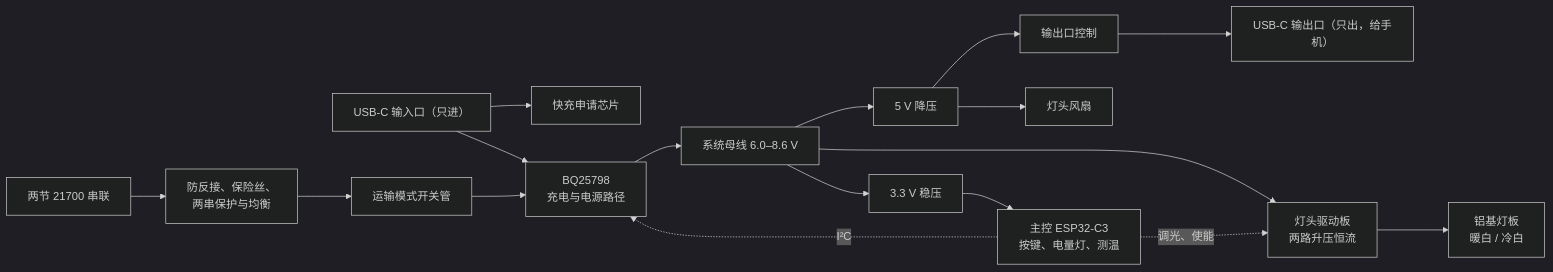
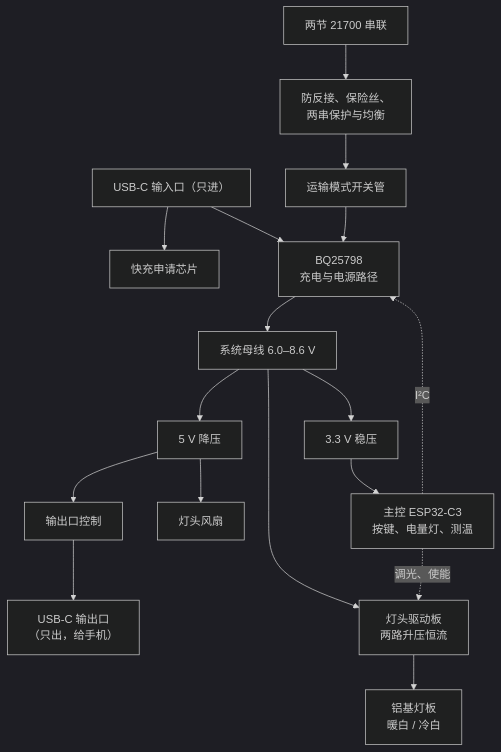
Before and after one commit to jodancain/fill-light-15pro: the diagram in docs/规格书.md, drawn with Mermaid (dark theme). The commit also changed 2 other files, not shown here.

Commit message:
三张横排框图改为竖排
GitHub 会把 Mermaid 图缩到正文宽度显示，三张横排图太宽，字缩得看不清。
改为竖排（flowchart TB），节点和连线不变：

- 硬件架构设计书的主板图：宽 3322 → 1033（正文宽 830 时字约 4 → 13 px）
- 系统架构说明书第 5 节电源图：宽 1679 → 912
- 规格书第 6 节电气图：宽 2206 → 710

主板图另调了语句顺序：输入口一路不再和电池一路交叉，“I²C”标签落在对应的连线上。
两处长文字加了换行，避免在词中间断开。

````diff
--- a/docs/规格书.md
+++ b/docs/规格书.md
@@ -91,14 +91,14 @@
 ```mermaid
-flowchart LR
+flowchart TB
   IN["USB-C 输入口（只进）"] --> PD["快充申请芯片"]
   IN --> CHG["BQ25798<br/>充电与电源路径"]
   PACK["两节 21700 串联"] --> PROT["防反接、保险丝、<br/>两串保护与均衡"]
   PROT --> SHIP["运输模式开关管"] --> CHG
   CHG --> BUS["系统母线 6.0–8.6 V"]
-  BUS --> B5["5 V 降压"] --> OC["输出口控制"] --> OUT["USB-C 输出口（只出，给手机）"]
+  BUS --> B5["5 V 降压"] --> OC["输出口控制"] --> OUT["USB-C 输出口<br/>（只出，给手机）"]
   B5 --> FAN["灯头风扇"]
   BUS --> LDO["3.3 V 稳压"] --> MCU["主控 ESP32-C3<br/>按键、电量灯、测温"]
   BUS --> DRV["灯头驱动板<br/>两路升压恒流"] --> LED["铝基灯板<br/>暖白 / 冷白"]
   MCU -.->|"I²C"| CHG
   MCU -.->|"调光、使能"| DRV
 ```
````
